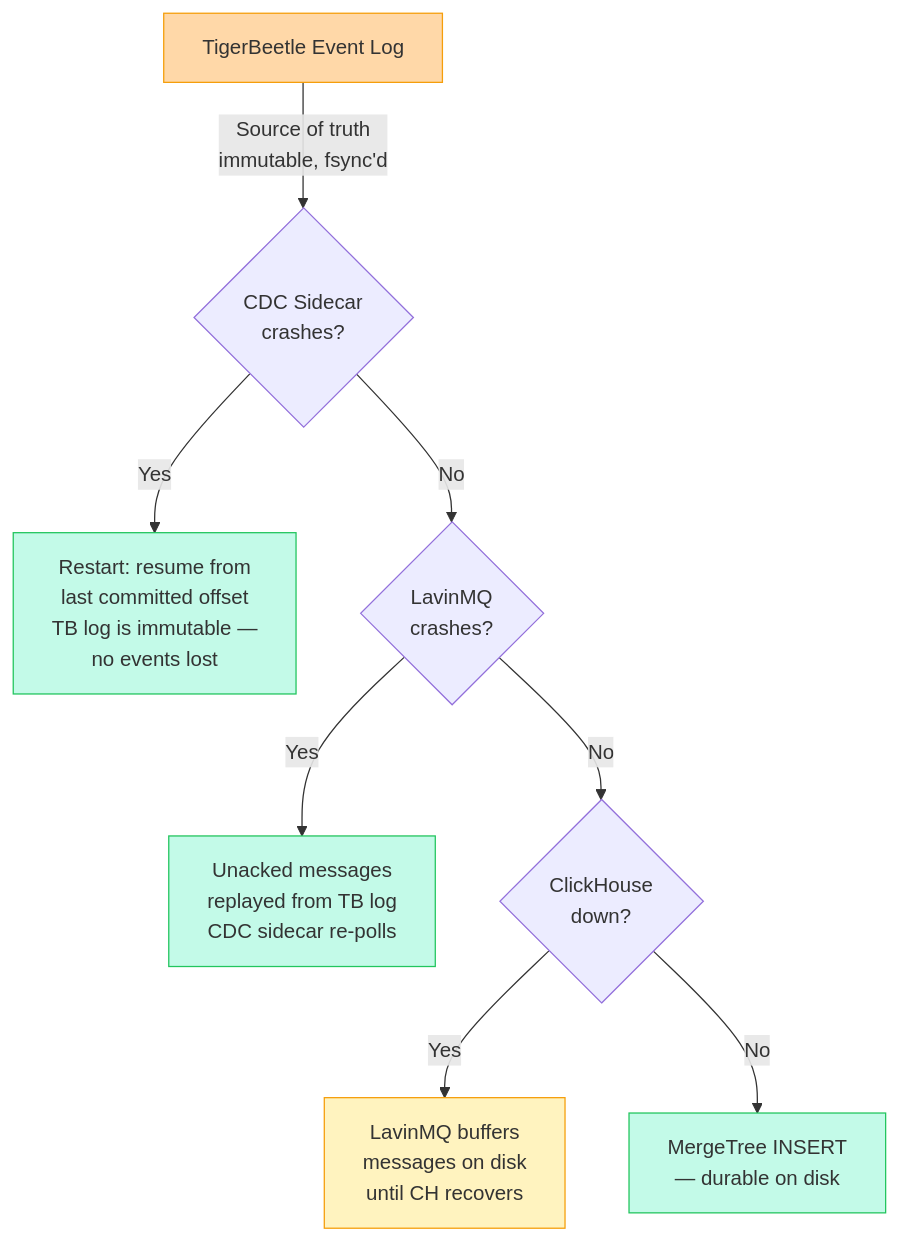
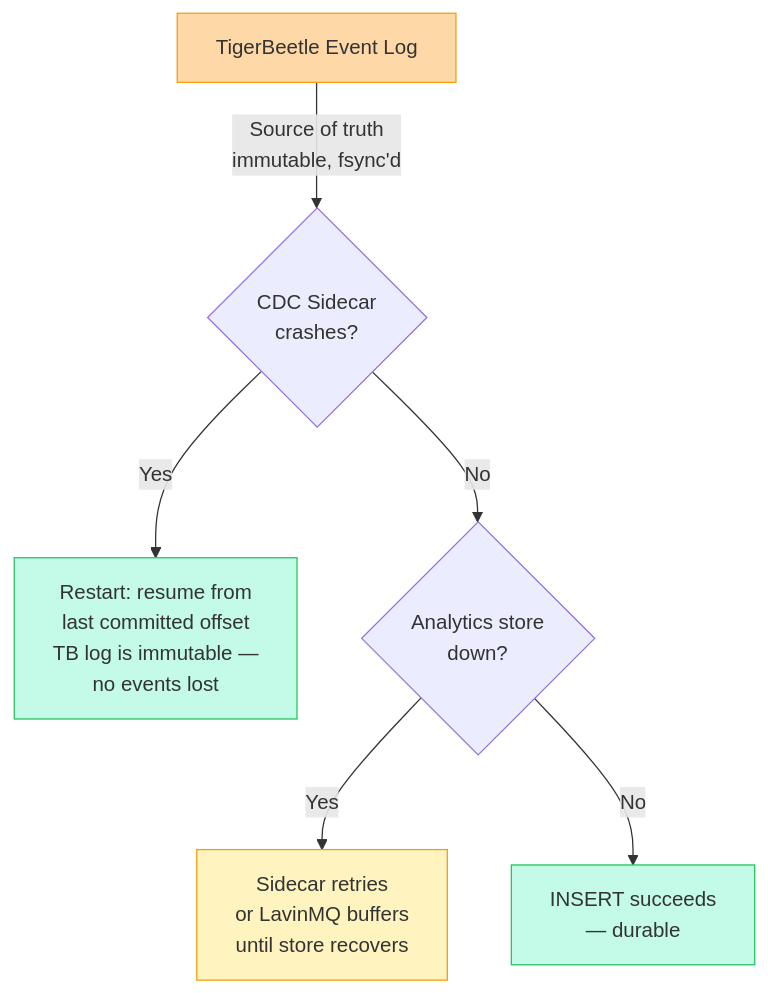
One commit to shihangw/playground-ledger changed the fourth of 4 diagrams in docs/_posts/2026-03-27-deep-dive-tigerbeetle.md. Above: the diagram before and after it, drawn with Mermaid. The commit also changed other lines of this file, not shown here.

First line of the commit message:
CDC: add BigQuery vs ClickHouse comparison, explain why CDC over double-write

```diff
--- a/docs/_posts/2026-03-27-deep-dive-tigerbeetle.md
+++ b/docs/_posts/2026-03-27-deep-dive-tigerbeetle.md
@@ -318,16 +364,13 @@
 <div class="mermaid">
 graph TD
     A[TigerBeetle Event Log] -->|"Source of truth<br/>immutable, fsync'd"| B{CDC Sidecar<br/>crashes?}
     B -->|"Yes"| C["Restart: resume from<br/>last committed offset<br/>TB log is immutable —<br/>no events lost"]
-    B -->|"No"| D{LavinMQ<br/>crashes?}
-    D -->|"Yes"| E["Unacked messages<br/>replayed from TB log<br/>CDC sidecar re-polls"]
-    D -->|"No"| F{ClickHouse<br/>down?}
-    F -->|"Yes"| G["LavinMQ buffers<br/>messages on disk<br/>until CH recovers"]
-    F -->|"No"| H["MergeTree INSERT<br/>— durable on disk"]
+    B -->|"No"| D{Analytics store<br/>down?}
+    D -->|"Yes"| E["Sidecar retries<br/>or LavinMQ buffers<br/>until store recovers"]
+    D -->|"No"| F["INSERT succeeds<br/>— durable"]
 
     style A fill:#ffd8a8,stroke:#f59e0b
     style C fill:#c3fae8,stroke:#22c55e
-    style E fill:#c3fae8,stroke:#22c55e
-    style G fill:#fff3bf,stroke:#f59e0b
-    style H fill:#c3fae8,stroke:#22c55e
+    style E fill:#fff3bf,stroke:#f59e0b
+    style F fill:#c3fae8,stroke:#22c55e
 </div>
```
